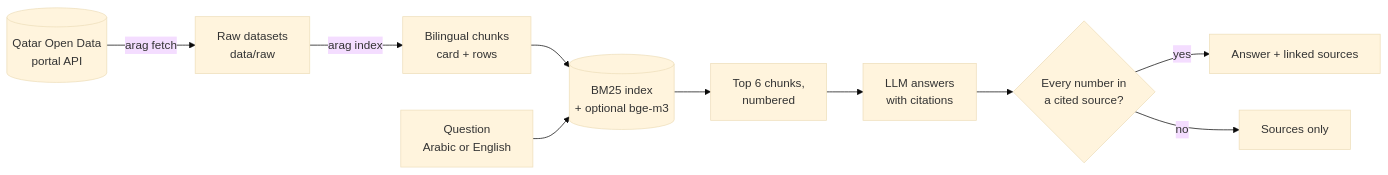
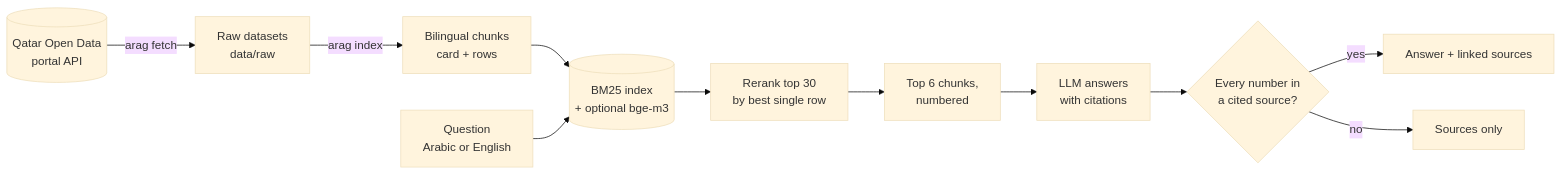
The diagram in README.md (A7mad8asim/arabic-rag-assistant), drawn with Mermaid (base theme) before and after one commit. The commit also changed other lines of this file and 17 other files, not shown here.

````diff
--- a/README.md
+++ b/README.md
@@ -19,12 +19,13 @@
 ```mermaid
 flowchart LR
     P[(Qatar Open Data<br/>portal API)] -->|arag fetch| R[Raw datasets<br/>data/raw]
     R -->|arag index| C[Bilingual chunks<br/>card + rows]
     C --> I[(BM25 index<br/>+ optional bge-m3)]
     Q[Question<br/>Arabic or English] --> I
-    I --> K[Top 6 chunks,<br/>numbered]
+    I --> RR[Rerank top 30<br/>by best single row]
+    RR --> K[Top 6 chunks,<br/>numbered]
     K --> L[LLM answers<br/>with citations]
     L --> G{Every number in<br/>a cited source?}
     G -- yes --> A[Answer + linked sources]
     G -- no --> S[Sources only]
 ```
````
